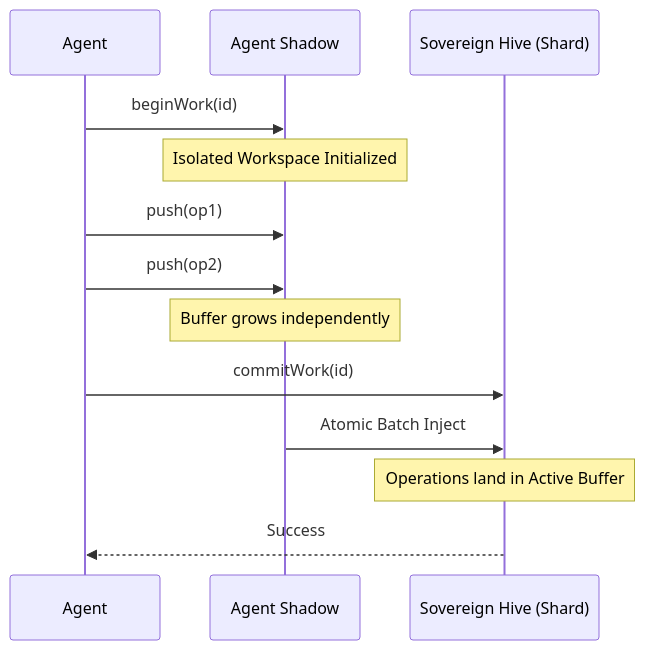
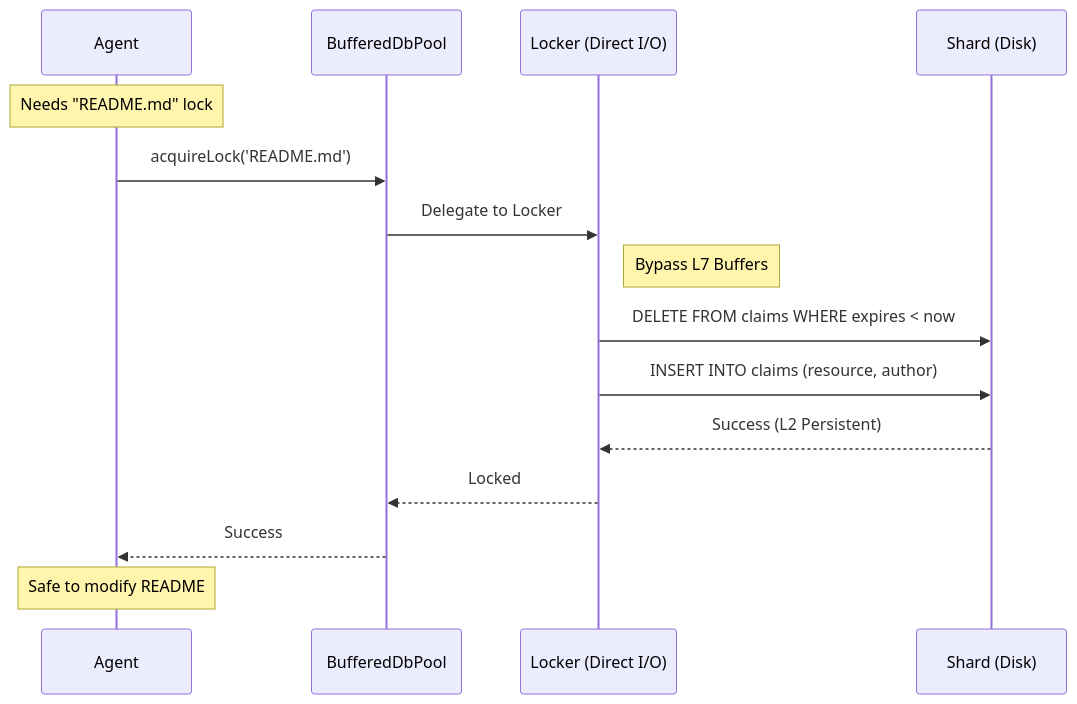
One commit to CardSorting/BroccoliQ changed the second of 2 diagrams in ARCHITECTURE_EXPLAINED.md. Above: the diagram before and after it, drawn with Mermaid. The commit also changed other lines of this file and 12 other files, not shown here.

````diff
--- a/ARCHITECTURE_EXPLAINED.md
+++ b/ARCHITECTURE_EXPLAINED.md
@@ -94,16 +46,18 @@
 ```mermaid
 sequenceDiagram
     participant A as Agent
-    participant S as Agent Shadow
-    participant H as Sovereign Hive (Shard)
+    participant P as BufferedDbPool
+    participant L as Locker (Direct I/O)
+    participant S as Shard (Disk)
     
-    A->>S: beginWork(id)
-    Note over S: Isolated Workspace Initialized
-    A->>S: push(op1)
-    A->>S: push(op2)
-    Note over S: Buffer grows independently
-    A->>H: commitWork(id)
-    S->>H: Atomic Batch Inject
-    Note over H: Operations land in Active Buffer
-    H-->>A: Success
+    Note over A: Needs "README.md" lock
+    A->>P: acquireLock('README.md')
+    P->>L: Delegate to Locker
+    Note right of L: Bypass L7 Buffers
+    L->>S: DELETE FROM claims WHERE expires < now
+    L->>S: INSERT INTO claims (resource, author)
+    S-->>L: Success (L2 Persistent)
+    L-->>P: Locked
+    P-->>A: Success
+    Note over A: Safe to modify README
 ```
````
